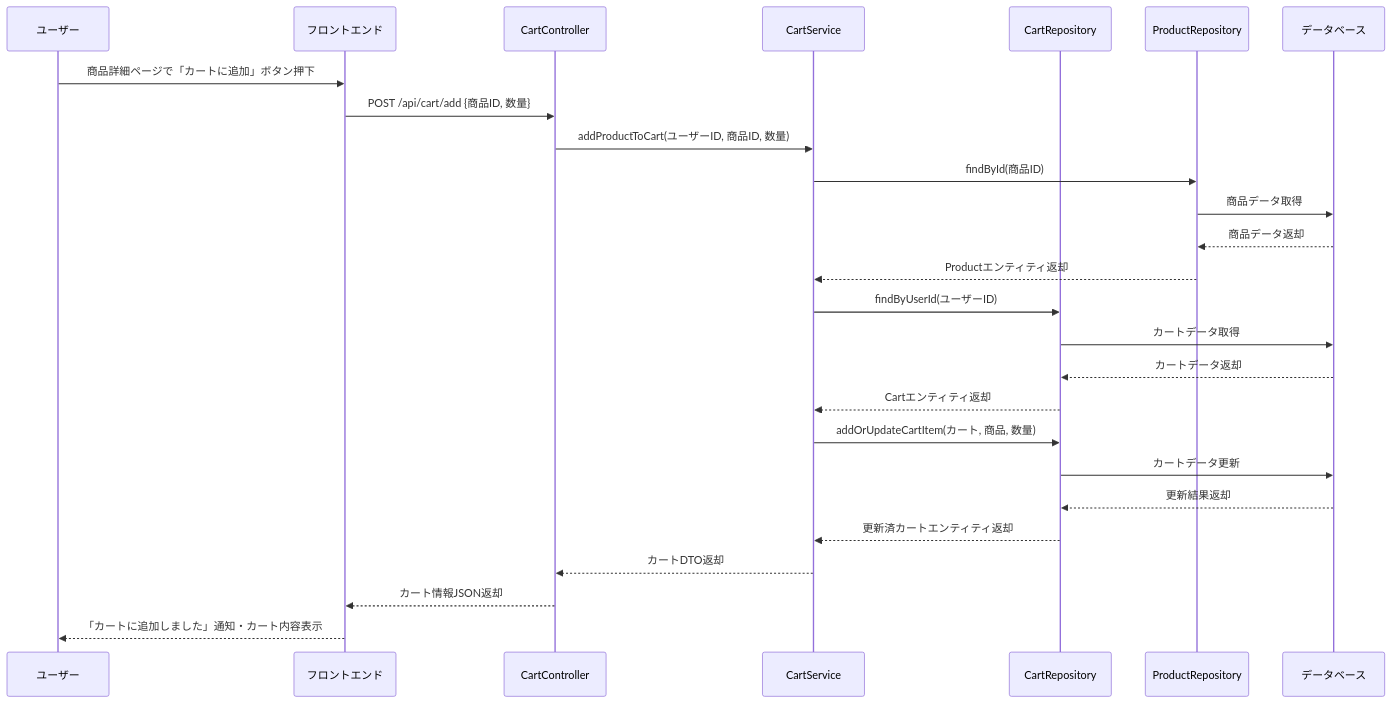
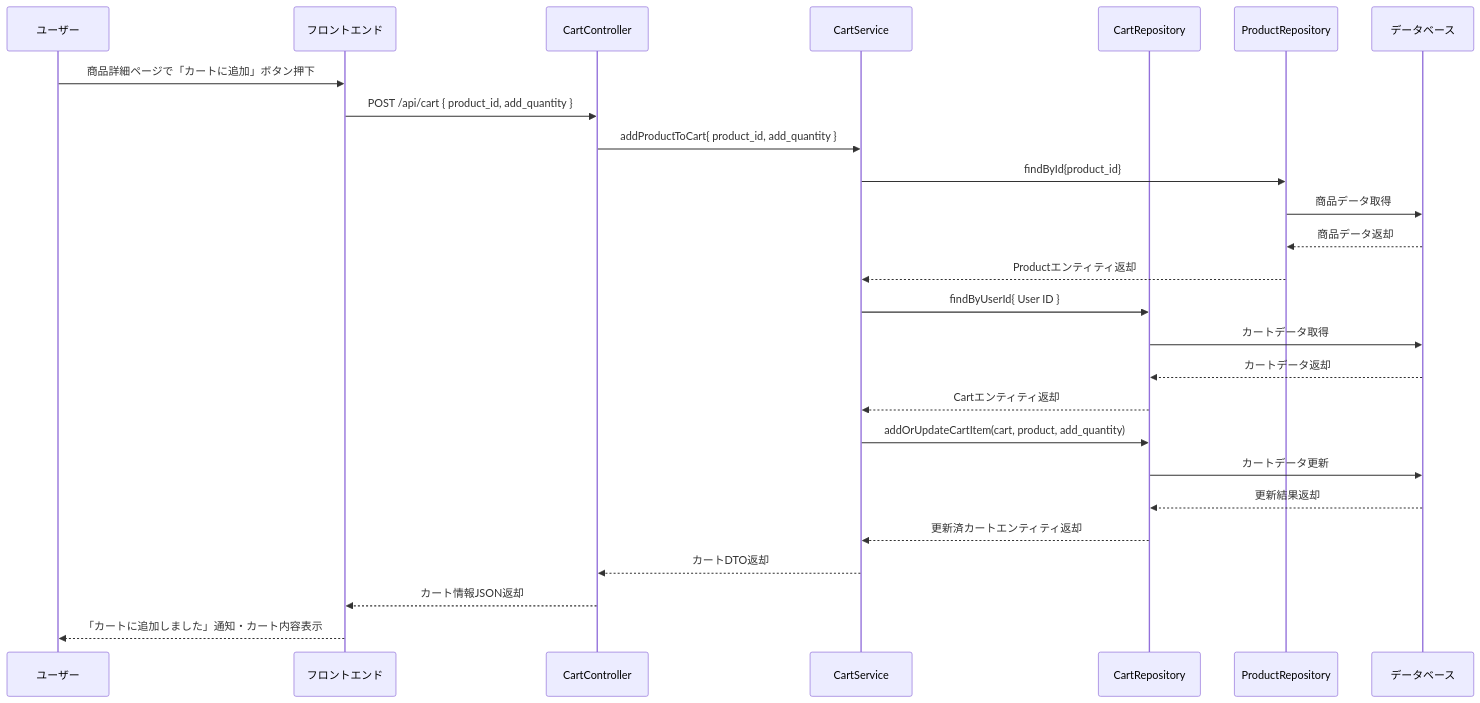
The fourth of 29 diagrams in 詳細設計/担当B_村田/3.2 機能詳細.md (Aoi-Yaegashi/teamF), drawn with Mermaid before and after one commit. The commit also changed other lines of this file and 1 other file, not shown here.

Commit message:
シーケンス図アップデート

```diff
--- a/詳細設計/担当B_村田/3.2 機能詳細.md
+++ b/詳細設計/担当B_村田/3.2 機能詳細.md
@@ -68,29 +104,29 @@
    <div class="mermaid">
    sequenceDiagram
     participant User as ユーザー
     participant Browser as フロントエンド
     participant CartController as CartController
     participant CartService as CartService
     participant CartRepo as CartRepository
     participant ProductRepo as ProductRepository
     participant DB as データベース
 
     User->>Browser: 商品詳細ページで「カートに追加」ボタン押下
-    Browser->>CartController: POST /api/cart/add {商品ID, 数量}
-    CartController->>CartService: addProductToCart(ユーザーID, 商品ID, 数量)
-    CartService->>ProductRepo: findById(商品ID)
+    Browser->>CartController: POST /api/cart { product_id, add_quantity }
+    CartController->>CartService: addProductToCart{ product_id, add_quantity }
+    CartService->>ProductRepo: findById{product_id}
     ProductRepo->>DB: 商品データ取得
     DB-->>ProductRepo: 商品データ返却
     ProductRepo-->>CartService: Productエンティティ返却
-    CartService->>CartRepo: findByUserId(ユーザーID)
+    CartService->>CartRepo: findByUserId{ User ID }
     CartRepo->>DB: カートデータ取得
     DB-->>CartRepo: カートデータ返却
     CartRepo-->>CartService: Cartエンティティ返却
-    CartService->>CartRepo: addOrUpdateCartItem(カート, 商品, 数量)
+    CartService->>CartRepo: addOrUpdateCartItem(cart, product, add_quantity)
     CartRepo->>DB: カートデータ更新
     DB-->>CartRepo: 更新結果返却
     CartRepo-->>CartService: 更新済カートエンティティ返却
     CartService-->>CartController: カートDTO返却
     CartController-->>Browser: カート情報JSON返却
     Browser-->>User: 「カートに追加しました」通知・カート内容表示
 </div>
```
